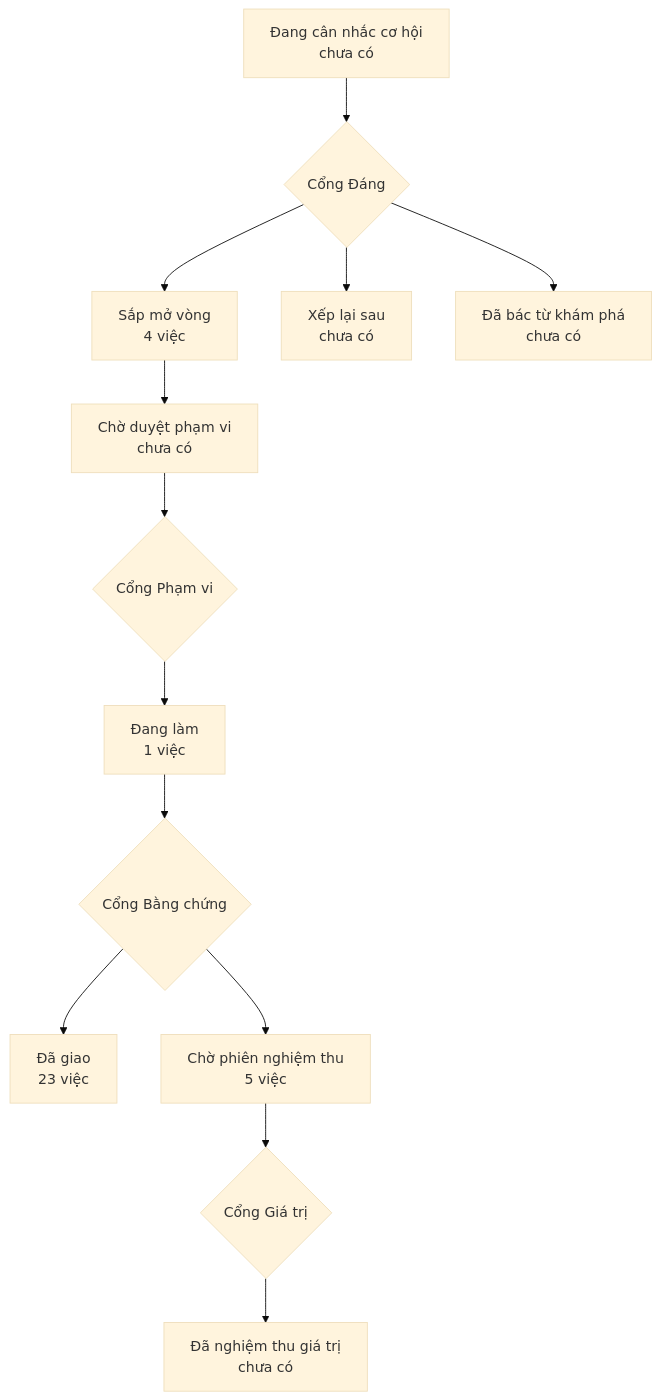
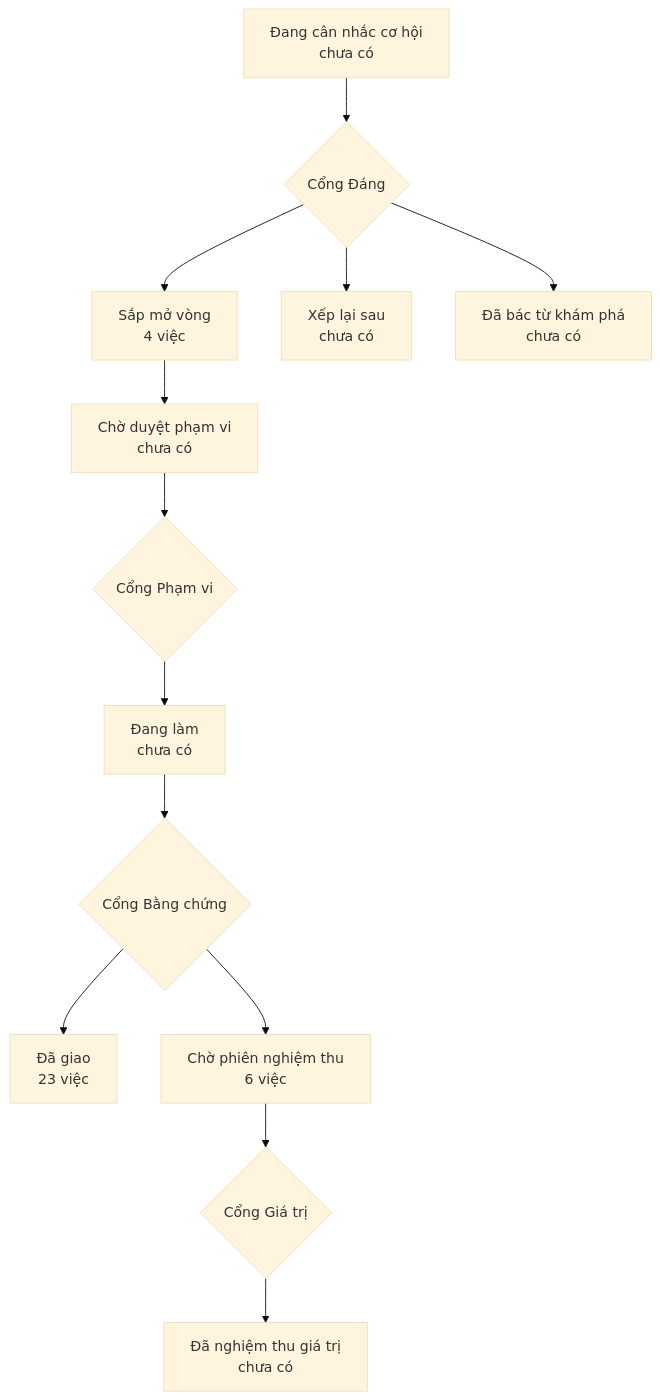
Before and after one commit to phanlemanh/onehub-invest: the diagram in PRODUCT-MAP.md, drawn with Mermaid (base theme). The commit also changed other lines of this file and 4 other files, not shown here.

````diff
--- a/PRODUCT-MAP.md
+++ b/PRODUCT-MAP.md
@@ -7,12 +7,12 @@
 ```mermaid
 flowchart TD
   A["Đang cân nhắc cơ hội<br/>chưa có"] --> GD{"Cổng Đáng"}
   GD --> B["Sắp mở vòng<br/>4 việc"]
   GD --> XL["Xếp lại sau<br/>chưa có"]
   GD --> DB["Đã bác từ khám phá<br/>chưa có"]
   B --> CD["Chờ duyệt phạm vi<br/>chưa có"] --> GP{"Cổng Phạm vi"}
-  GP --> DL["Đang làm<br/>1 việc"] --> GB{"Cổng Bằng chứng"}
+  GP --> DL["Đang làm<br/>chưa có"] --> GB{"Cổng Bằng chứng"}
   GB --> DG["Đã giao<br/>23 việc"]
-  GB --> CN["Chờ phiên nghiệm thu<br/>5 việc"] --> GG{"Cổng Giá trị"}
+  GB --> CN["Chờ phiên nghiệm thu<br/>6 việc"] --> GG{"Cổng Giá trị"}
   GG --> NT["Đã nghiệm thu giá trị<br/>chưa có"]
 ```
````
